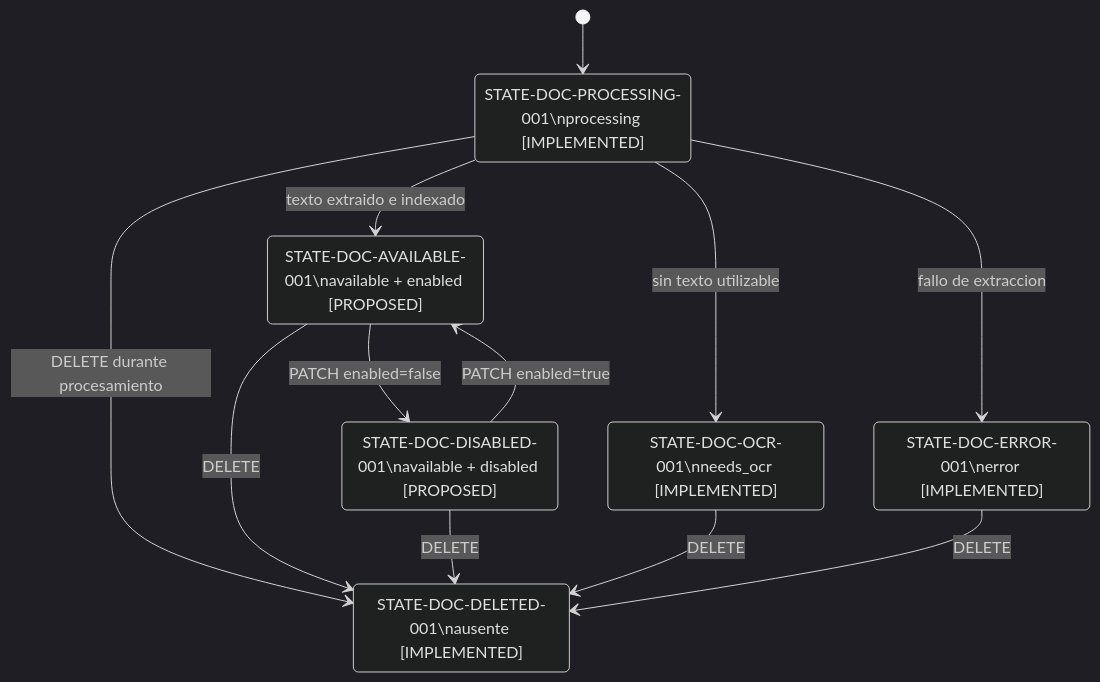
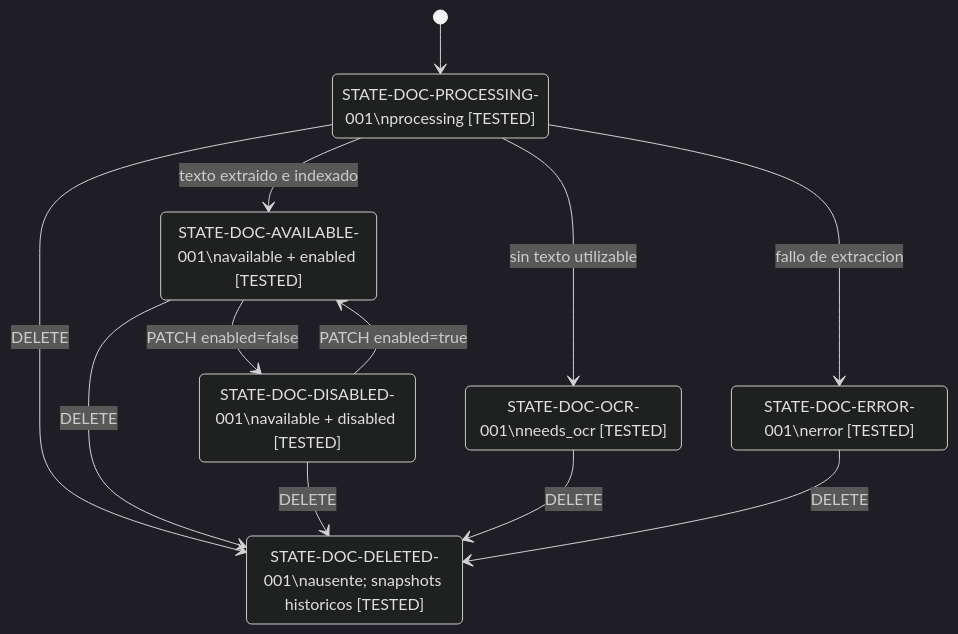
One commit to JhofredCam/TechSphereChallenge changed the fifth of 8 diagrams in specs/06_system_flow_diagram_specification.md. Above: the diagram before and after it, drawn with Mermaid (dark theme). The commit also changed other lines of this file and 56 other files, not shown here.

````diff
--- a/specs/06_system_flow_diagram_specification.md
+++ b/specs/06_system_flow_diagram_specification.md
@@ -544,21 +507,21 @@
 ```mermaid
 stateDiagram-v2
     [*] --> PROCESSING
-    state "STATE-DOC-PROCESSING-001\nprocessing [IMPLEMENTED]" as PROCESSING
-    state "STATE-DOC-AVAILABLE-001\navailable + enabled [PROPOSED]" as ENABLED
-    state "STATE-DOC-DISABLED-001\navailable + disabled [PROPOSED]" as DISABLED
-    state "STATE-DOC-OCR-001\nneeds_ocr [IMPLEMENTED]" as OCR
-    state "STATE-DOC-ERROR-001\nerror [IMPLEMENTED]" as ERROR
-    state "STATE-DOC-DELETED-001\nausente [IMPLEMENTED]" as DELETED
+    state "STATE-DOC-PROCESSING-001\nprocessing [TESTED]" as PROCESSING
+    state "STATE-DOC-AVAILABLE-001\navailable + enabled [TESTED]" as ENABLED
+    state "STATE-DOC-DISABLED-001\navailable + disabled [TESTED]" as DISABLED
+    state "STATE-DOC-OCR-001\nneeds_ocr [TESTED]" as OCR
+    state "STATE-DOC-ERROR-001\nerror [TESTED]" as ERROR
+    state "STATE-DOC-DELETED-001\nausente; snapshots historicos [TESTED]" as DELETED
 
     PROCESSING --> ENABLED: texto extraido e indexado
     PROCESSING --> OCR: sin texto utilizable
     PROCESSING --> ERROR: fallo de extraccion
-    PROCESSING --> DELETED: DELETE durante procesamiento
+    PROCESSING --> DELETED: DELETE
     ENABLED --> DISABLED: PATCH enabled=false
     DISABLED --> ENABLED: PATCH enabled=true
     ENABLED --> DELETED: DELETE
     DISABLED --> DELETED: DELETE
     OCR --> DELETED: DELETE
     ERROR --> DELETED: DELETE
 ```
````
